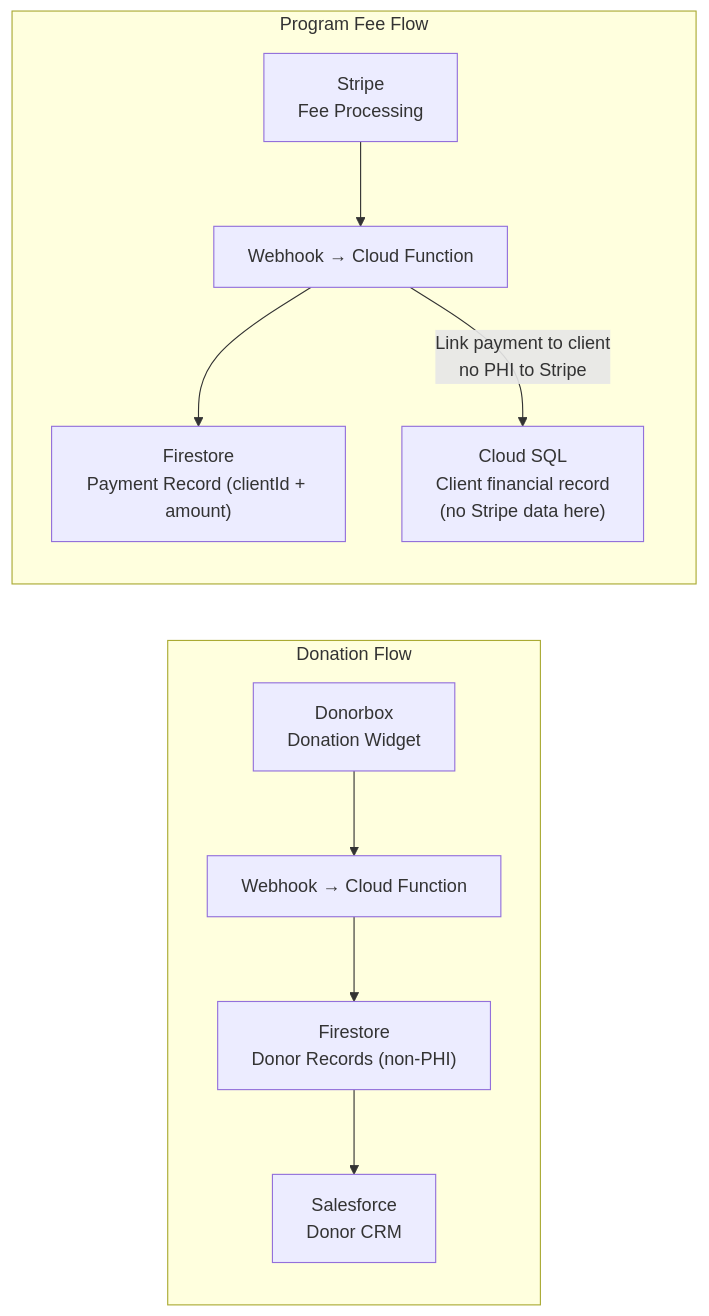
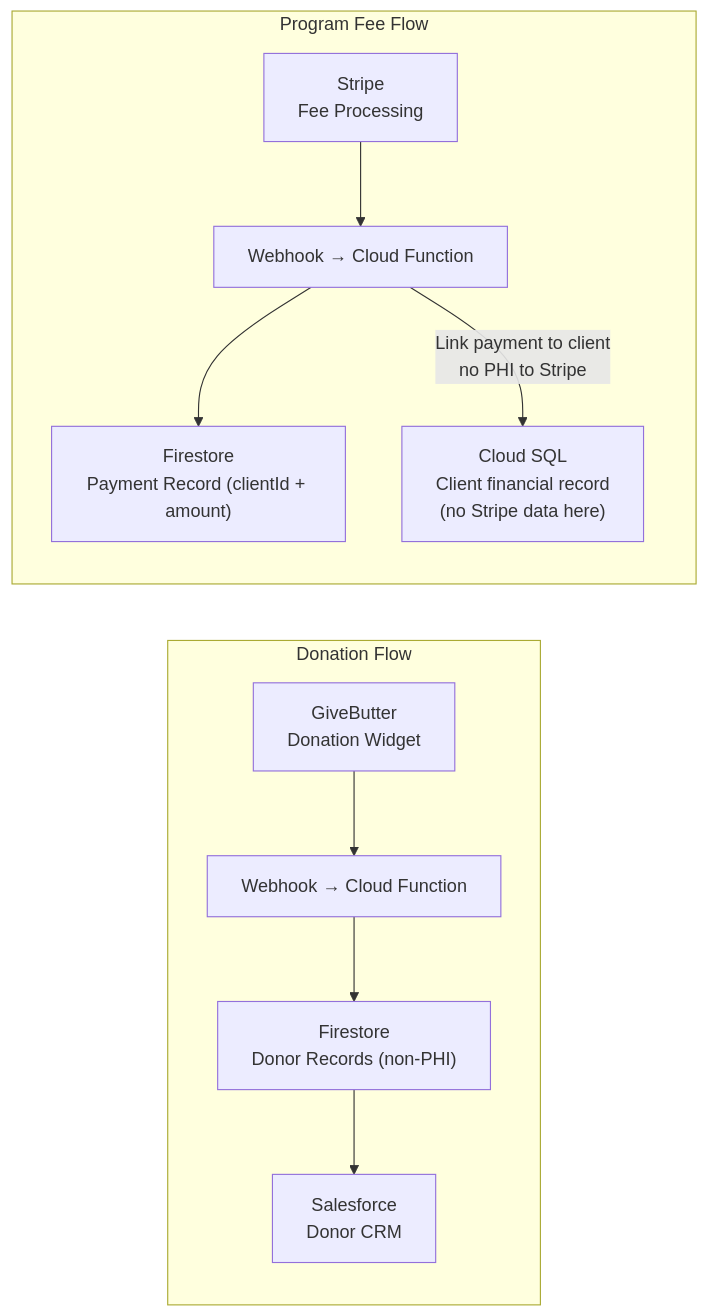
Before and after one commit to DCodeBase-X/hipaa-firebase-gcp: the second of 2 diagrams in case-studies/three-layer-nonprofit-build.md, drawn with Mermaid. The commit also changed other lines of this file and 22 other files, not shown here.

````diff
--- a/case-studies/three-layer-nonprofit-build.md
+++ b/case-studies/three-layer-nonprofit-build.md
@@ -162,20 +162,20 @@
 ```mermaid
 flowchart LR
     subgraph Donation["Donation Flow"]
-        DB["Donorbox\nDonation Widget"]
+        DB["GiveButter\nDonation Widget"]
         WH1["Webhook → Cloud Function"]
         FS1["Firestore\nDonor Records (non-PHI)"]
         SF1["Salesforce\nDonor CRM"]
     end
 
     subgraph Fees["Program Fee Flow"]
         STR["Stripe\nFee Processing"]
         WH2["Webhook → Cloud Function"]
         FS2["Firestore\nPayment Record (clientId + amount)"]
         SQL2["Cloud SQL\nClient financial record\n(no Stripe data here)"]
     end
 
     DB --> WH1 --> FS1 --> SF1
     STR --> WH2 --> FS2
     WH2 -->|"Link payment to client\nno PHI to Stripe"| SQL2
 ```
````
